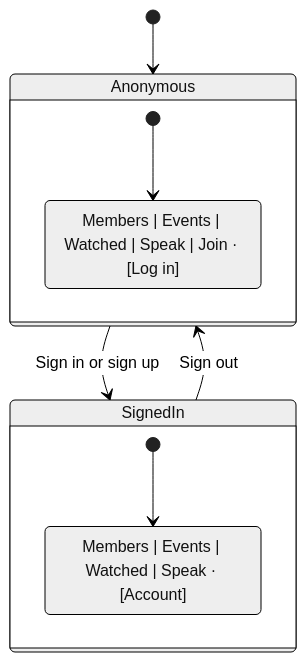
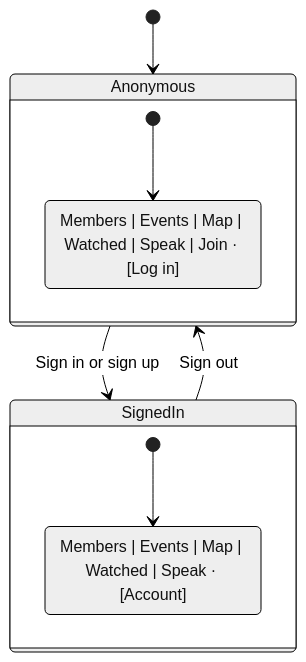
One commit to michaellambgelo/jxnfilmclub changed the diagram in docs/features/navigation.md. Above: the diagram before and after it, drawn with Mermaid (neutral theme). The commit also changed other lines of this file and 38 other files, not shown here.

````diff
--- a/docs/features/navigation.md
+++ b/docs/features/navigation.md
@@ -7,16 +7,16 @@
 ```mermaid
 stateDiagram-v2
     [*] --> Anonymous
     Anonymous --> SignedIn: Sign in or sign up
     SignedIn --> Anonymous: Sign out
 
     state Anonymous {
         [*] --> AnonymousNav
-        AnonymousNav: Members | Events | Watched | Speak | Join · [Log in]
+        AnonymousNav: Members | Events | Map | Watched | Speak | Join · [Log in]
     }
 
     state SignedIn {
         [*] --> SignedInNav
-        SignedInNav: Members | Events | Watched | Speak · [Account]
+        SignedInNav: Members | Events | Map | Watched | Speak · [Account]
     }
 ```
````
